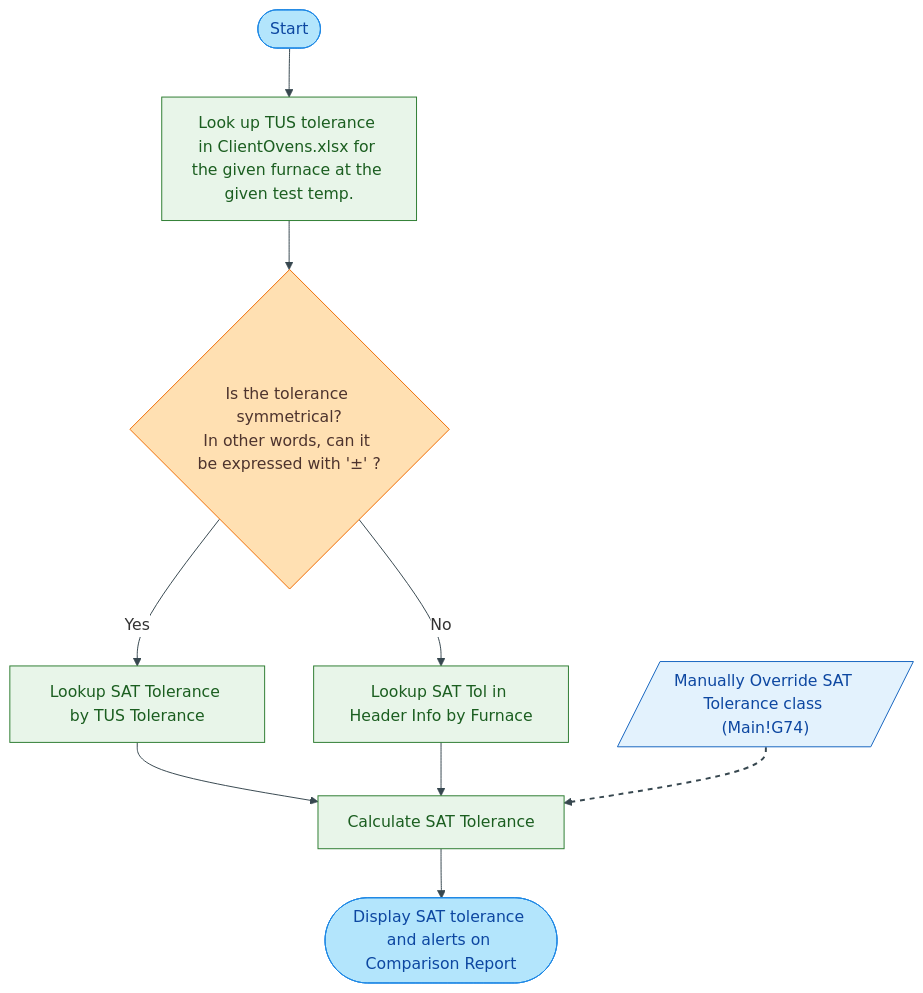
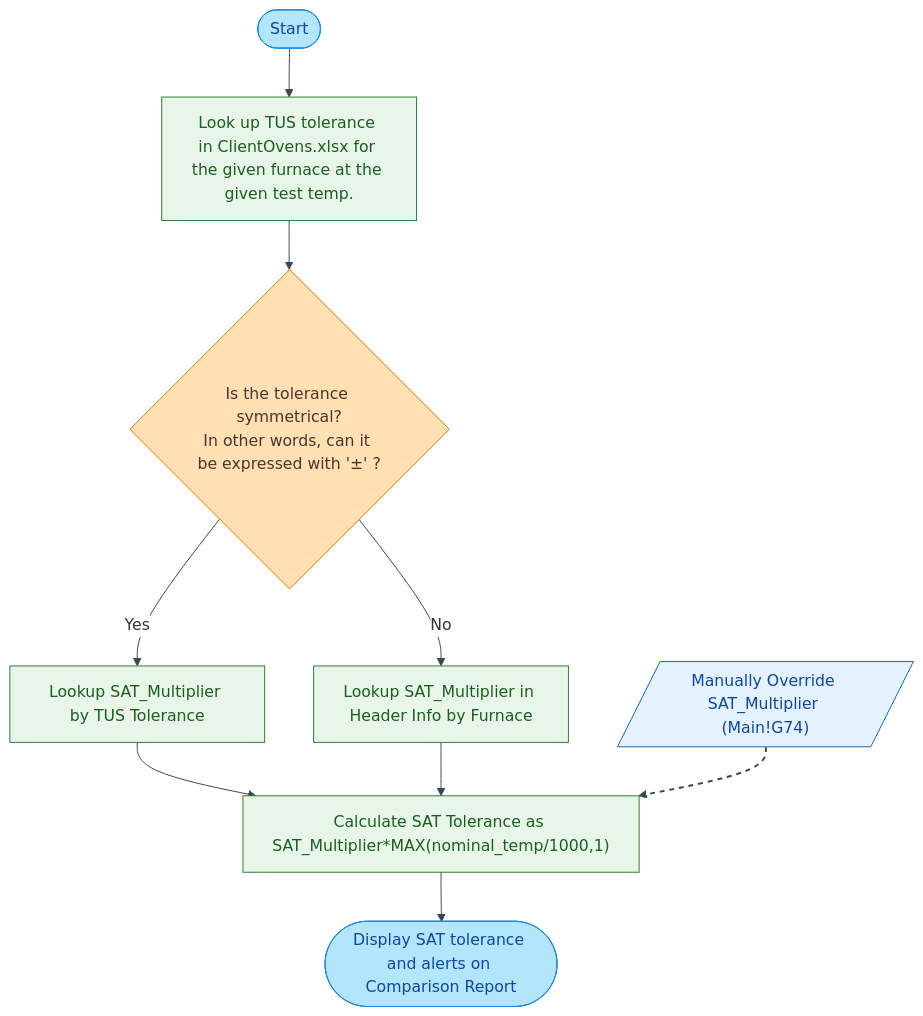
One commit to Johnson-Gage-Inspection-Inc/xl-TUS changed the diagram in docs/SAT_Tolerance-FlowChart.mermaid. Above: the diagram before and after it, drawn with Mermaid. The commit also changed 1 other file, not shown here.

Commit message:
Refactor SAT Tolerance flowchart for clarity in SAT_Multiplier calculations

```diff
--- a/docs/SAT_Tolerance-FlowChart.mermaid
+++ b/docs/SAT_Tolerance-FlowChart.mermaid
@@ -1,32 +1,32 @@
 ---
 config:
   theme: base
   themeVariables:
     primaryColor: '#ffffff'
     lineColor: '#37474f'
     fontFamily: Inter, Segoe UI, Arial
   layout: dagre
 ---
 flowchart TD
     A(["Start"]) --> B["Look up TUS tolerance in ClientOvens.xlsx for the given furnace at the given test temp."]
     B --> C@{ label: "Is the tolerance symmetrical?\nIn other words, can it be expressed with '±' ?" }
-    C -- Yes --> D["Lookup SAT Tolerance by TUS Tolerance"]
-    C -- No --> E["Lookup SAT Tol in Header Info by Furnace"]
-    D --> F["Calculate SAT Tolerance"]
+    C -- Yes --> D["Lookup SAT_Multiplier by TUS Tolerance"]
+    C -- No --> E["Lookup SAT_Multiplier in Header Info by Furnace"]
+    D --> F["Calculate SAT Tolerance as SAT_Multiplier*MAX(nominal_temp/1000,1)"]
     E --> F
-    H[/"Manually Override SAT Tolerance class (Main!G74)"/] --> F
+    H[/"Manually Override SAT_Multiplier (Main!G74)"/] --> F
     F --> G(["Display SAT tolerance and alerts on Comparison Report"])
     C@{ shape: diamond}
      A:::startend
      B:::action
      C:::decision
      D:::action
      E:::action
      F:::action
      H:::io
      G:::startend
     classDef startend fill:#b3e5fc,stroke:#1e88e5,color:#0d47a1
     classDef decision fill:#ffe0b2,stroke:#ef6c00,color:#4e342e
     classDef action fill:#e8f5e9,stroke:#2e7d32,color:#1b5e20
     classDef io fill:#e3f2fd,stroke:#1565c0,color:#0d47a1
     linkStyle 6 stroke-dasharray: 5 5, stroke-width:2,fill:none
```
